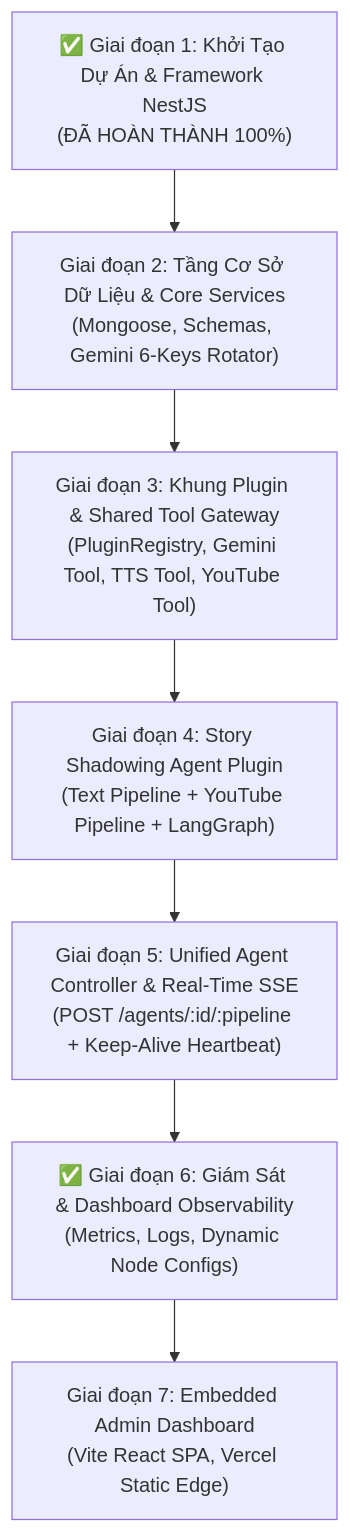
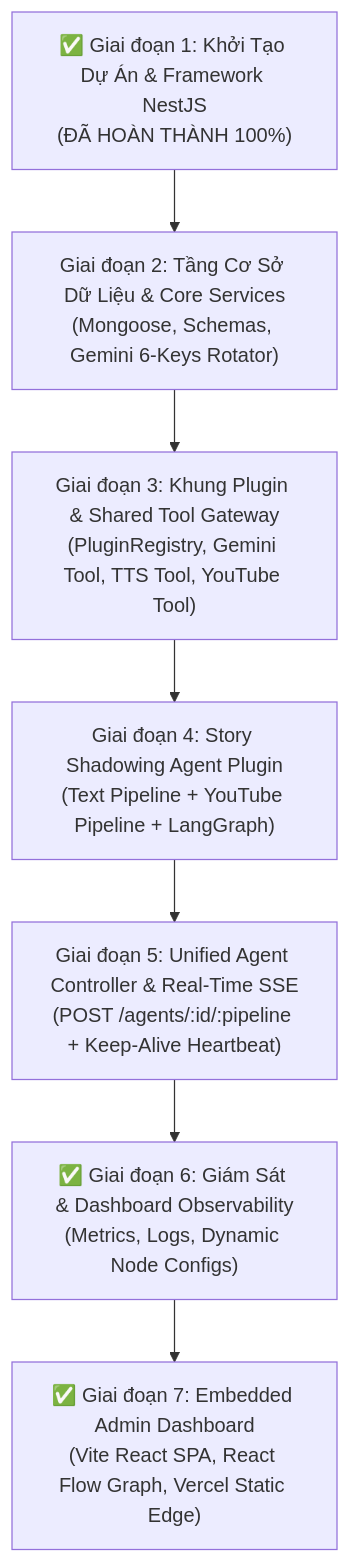
The diagram in docs/implementation_plan.md (vuanhtu1993/aha-mind-agents), drawn with Mermaid before and after one commit. The commit also changed other lines of this file and 10 other files, not shown here.

````diff
--- a/docs/implementation_plan.md
+++ b/docs/implementation_plan.md
@@ -20,9 +20,9 @@
 ```mermaid
 graph TD
     P1["✅ Giai đoạn 1: Khởi Tạo Dự Án & Framework NestJS\n(ĐÃ HOÀN THÀNH 100%)"] --> P2["Giai đoạn 2: Tầng Cơ Sở Dữ Liệu & Core Services\n(Mongoose, Schemas, Gemini 6-Keys Rotator)"]
     P2 --> P3["Giai đoạn 3: Khung Plugin & Shared Tool Gateway\n(PluginRegistry, Gemini Tool, TTS Tool, YouTube Tool)"]
     P3 --> P4["Giai đoạn 4: Story Shadowing Agent Plugin\n(Text Pipeline + YouTube Pipeline + LangGraph)"]
     P4 --> P5["Giai đoạn 5: Unified Agent Controller & Real-Time SSE\n(POST /agents/:id/:pipeline + Keep-Alive Heartbeat)"]
     P5 --> P6["✅ Giai đoạn 6: Giám Sát & Dashboard Observability\n(Metrics, Logs, Dynamic Node Configs)"]
-    P6 --> P7["Giai đoạn 7: Embedded Admin Dashboard\n(Vite React SPA, Vercel Static Edge)"]
+    P6 --> P7["✅ Giai đoạn 7: Embedded Admin Dashboard\n(Vite React SPA, React Flow Graph, Vercel Static Edge)"]
 ```
````
